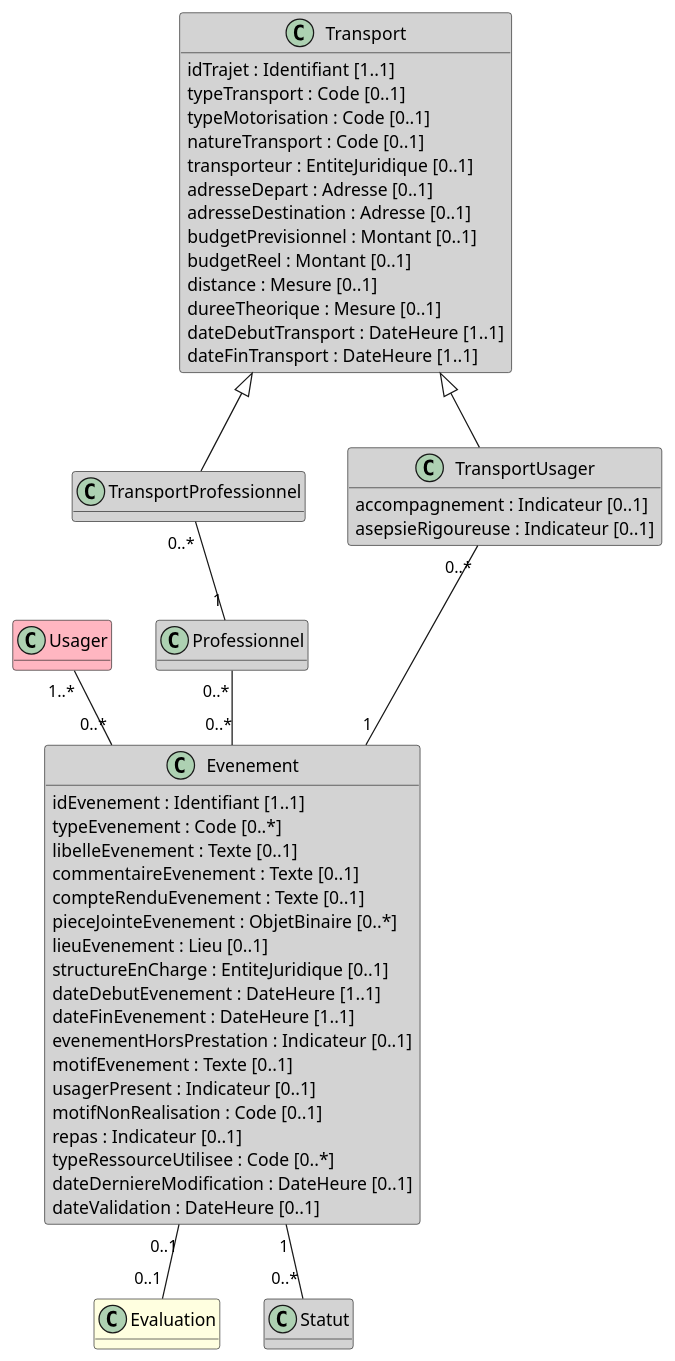
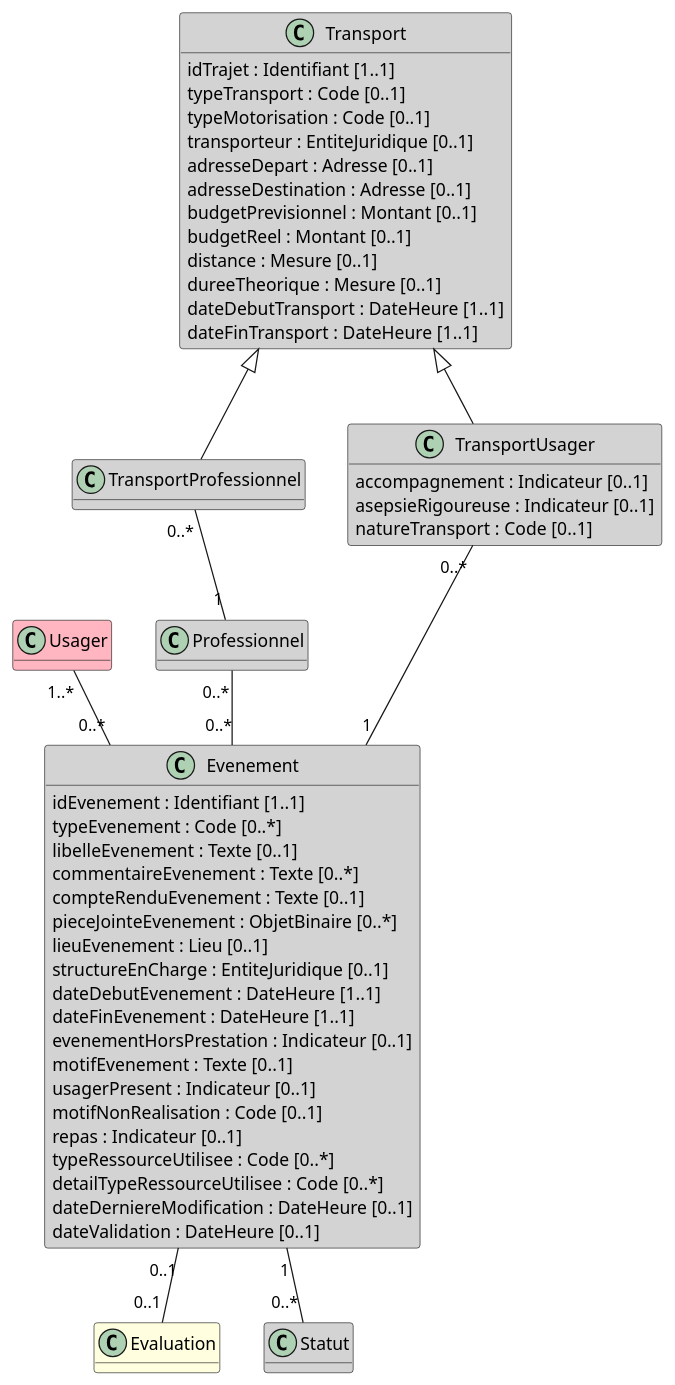
Before and after one commit to ansforge/IG-fhir-transfert-donnees-dui-esms: the diagram in input/images-source/bloc_evenement.plantuml, drawn with PlantUML. The commit also changed 3 other files, not shown here.

```diff
--- a/input/images-source/bloc_evenement.plantuml
+++ b/input/images-source/bloc_evenement.plantuml
@@ -1,67 +1,68 @@
 @startuml
 
 hide empty methods
 
 class Usager #LightPink
 
 class TransportProfessionnel #LightGray
 
 class Evaluation #LightYellow
 
 class Professionnel #LightGray 
 
 class Statut #LightGray 
 
 class Transport #LightGray {
     idTrajet : Identifiant [1..1]
     typeTransport : Code [0..1]
     typeMotorisation : Code [0..1]
-    natureTransport : Code [0..1]
     transporteur : EntiteJuridique [0..1]
     adresseDepart : Adresse [0..1]
     adresseDestination : Adresse [0..1]
     budgetPrevisionnel : Montant [0..1]
     budgetReel : Montant [0..1]
     distance : Mesure [0..1]
     dureeTheorique : Mesure [0..1]
     dateDebutTransport : DateHeure [1..1]
     dateFinTransport : DateHeure [1..1]
 }
 
 class TransportUsager #LightGray {
     accompagnement : Indicateur [0..1]
     asepsieRigoureuse : Indicateur [0..1]
+    natureTransport : Code [0..1]
 }
 
 class Evenement #LightGray {
     idEvenement : Identifiant [1..1]
     typeEvenement : Code [0..*]
     libelleEvenement : Texte [0..1]
-    commentaireEvenement : Texte [0..1]
+    commentaireEvenement : Texte [0..*]
     compteRenduEvenement : Texte [0..1]
     pieceJointeEvenement : ObjetBinaire [0..*]
     lieuEvenement : Lieu [0..1]
     structureEnCharge : EntiteJuridique [0..1]
     dateDebutEvenement : DateHeure [1..1]
     dateFinEvenement : DateHeure [1..1]
     evenementHorsPrestation : Indicateur [0..1]
     motifEvenement : Texte [0..1]
     usagerPresent : Indicateur [0..1]
     motifNonRealisation : Code [0..1]
     repas : Indicateur [0..1]
     typeRessourceUtilisee : Code [0..*]
+    detailTypeRessourceUtilisee : Code [0..*]
     dateDerniereModification : DateHeure [0..1]
     dateValidation : DateHeure [0..1]
 }
 
 Usager "1..*" -- "0..*" Evenement
 Professionnel "0..*" -- "0..*" Evenement
 Transport <|-- TransportProfessionnel
 Transport <|-- TransportUsager
 TransportUsager "0..*" -- "1" Evenement
 TransportProfessionnel "0..*" -- "1" Professionnel
 Evenement "0..1" -- "0..1" Evaluation
 Evenement "1" -- "0..*" Statut
 
 
 @enduml
```
